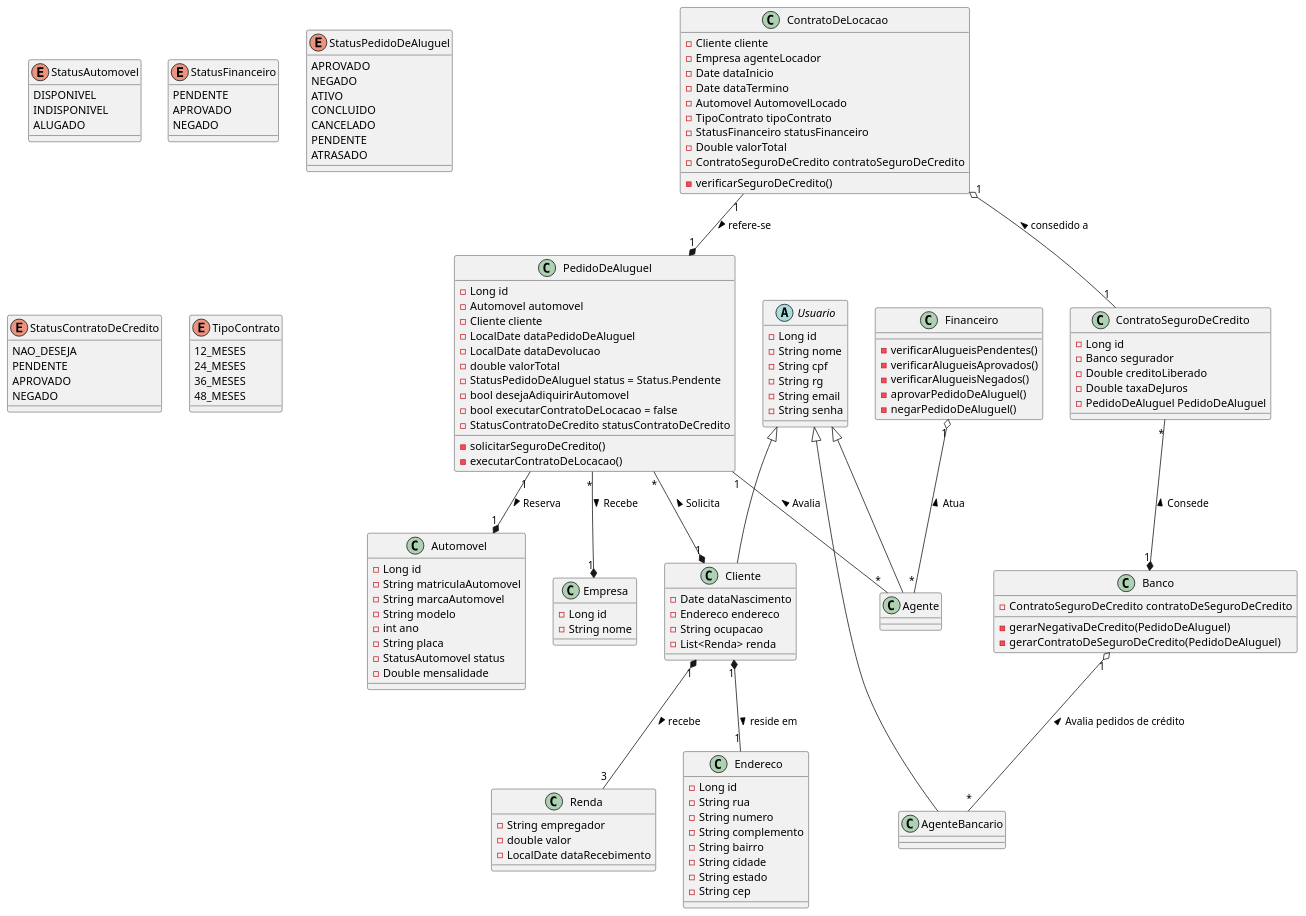
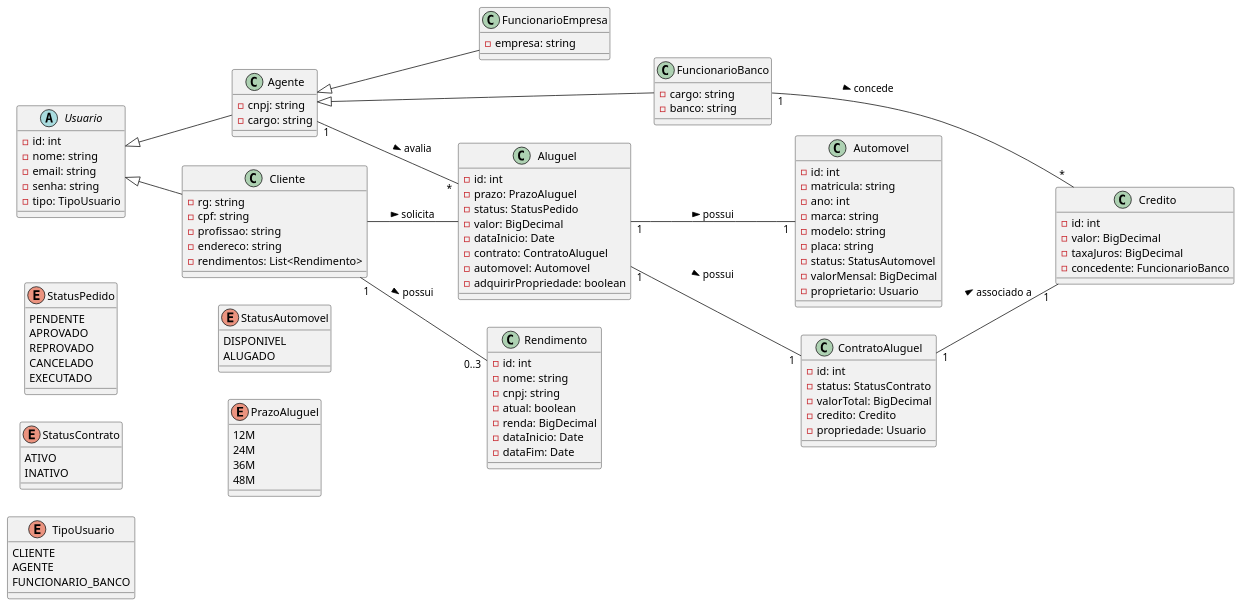
The diagram in projeto/diagrama_de_classes.puml (software-engineering-graduation/sistema_aluguel_carros-lds2024), drawn with PlantUML before and after one commit.

Commit message:
updating class diagram

```diff
--- a/projeto/diagrama_de_classes.puml
+++ b/projeto/diagrama_de_classes.puml
@@ -1,166 +1,131 @@
-@startuml
-abstract class Usuario {
-    -Long id
-    -String nome
-    -String cpf
-    -String rg
-    -String email
-    -String senha
+@startuml DiagramaDeClasses
+left to right direction
+
+enum StatusPedido {
+    PENDENTE
+    APROVADO
+    REPROVADO
+    CANCELADO
+    EXECUTADO
 }
 
-class Cliente extends Usuario {
-    -Date dataNascimento
-    -Endereco endereco
-    -String ocupacao
-    -List<Renda> renda
+enum StatusContrato {
+    ATIVO
+    INATIVO
 }
 
-class Renda {
-    -String empregador
-    -double valor
-    -LocalDate dataRecebimento
+enum TipoUsuario {
+    CLIENTE
+    AGENTE
+    FUNCIONARIO_BANCO
 }
 
-class Endereco {
-    -Long id
-    -String rua
-    -String numero
-    -String complemento
-    -String bairro
-    -String cidade
-    -String estado
-    -String cep
+enum StatusAutomovel {
+    DISPONIVEL
+    ALUGADO
+}
+
+enum PrazoAluguel {
+    12M
+    24M
+    36M
+    48M
+}
+
+abstract class Usuario {
+    - id: int
+    - nome: string
+    - email: string
+    - senha: string
+    - tipo: TipoUsuario
+}
+
+class Agente {
+    - cnpj: string
+    - cargo: string
+}
+
+class FuncionarioEmpresa {
+    - empresa: string
+}
+
+class FuncionarioBanco {
+    - cargo: string
+    - banco: string
+}
+
+class Cliente {
+    - rg: string
+    - cpf: string
+    - profissao: string
+    - endereco: string
+    - rendimentos: List<Rendimento>
+}
+
+class Rendimento {
+    - id: int
+    - nome: string
+    - cnpj: string
+    - atual: boolean
+    - renda: BigDecimal
+    - dataInicio: Date
+    - dataFim: Date
+}
+
+class Aluguel {
+    - id: int
+    - prazo: PrazoAluguel
+    - status: StatusPedido
+    - valor: BigDecimal
+    - dataInicio: Date
+    - contrato: ContratoAluguel
+    - automovel: Automovel
+    - adquirirPropriedade: boolean
 }
 
 class Automovel {
-    -Long id
-    -String matriculaAutomovel
-    -String marcaAutomovel
-    -String modelo
-    -int ano
-    -String placa
-    -StatusAutomovel status
-	-Double mensalidade
+    - id: int
+    - matricula: string
+    - ano: int
+    - marca: string
+    - modelo: string
+    - placa: string
+    - status: StatusAutomovel
+    - valorMensal: BigDecimal
+    - proprietario: Usuario
 }
 
-class PedidoDeAluguel {
-    -Long id
-    -Automovel automovel
-    -Cliente cliente
-    -LocalDate dataPedidoDeAluguel
-    -LocalDate dataDevolucao
-    -double valorTotal
-    -StatusPedidoDeAluguel status = Status.Pendente
-    -bool desejaAdiquirirAutomovel
-    -bool executarContratoDeLocacao = false
-    -StatusContratoDeCredito statusContratoDeCredito
-
-    -solicitarSeguroDeCredito()
-    -executarContratoDeLocacao()
+class ContratoAluguel {
+    - id: int
+    - status: StatusContrato
+    - valorTotal: BigDecimal
+    - credito: Credito
+    - propriedade: Usuario
 }
 
-Enum StatusAutomovel {
-    DISPONIVEL
-    INDISPONIVEL
-    ALUGADO
+class Credito {
+    - id: int
+    - valor: BigDecimal
+    - taxaJuros: BigDecimal
+    - concedente: FuncionarioBanco
 }
 
+Usuario <|-- Cliente
+Usuario <|-- Agente
+Agente <|-- FuncionarioEmpresa
+Agente <|-- FuncionarioBanco
 
-Enum StatusFinanceiro {
-    PENDENTE
-    APROVADO
-    NEGADO
-}
+Cliente -- Aluguel : solicita >
 
-Enum StatusPedidoDeAluguel {
-    APROVADO
-    NEGADO
-    ATIVO
-    CONCLUIDO
-    CANCELADO
-    PENDENTE
-    ATRASADO
-}
+Agente "1" -- "*" Aluguel : avalia >
 
-Enum StatusContratoDeCredito{
-    NAO_DESEJA
-    PENDENTE
-    APROVADO
-    NEGADO
-}
+FuncionarioBanco "1" -- "*" Credito : concede >
 
-Enum TipoContrato{
-    12_MESES
-    24_MESES
-    36_MESES
-    48_MESES
-}
+Aluguel "1" -- "1" Automovel : possui >
+Aluguel "1" -- "1" ContratoAluguel : possui >
 
+ContratoAluguel "1" -- "1" Credito : associado a >
 
-class Empresa {
-    -Long id
-    -String nome
-}
-
-class Financeiro {
-    -verificarAlugueisPendentes()
-    -verificarAlugueisAprovados()
-    -verificarAlugueisNegados()
-    -aprovarPedidoDeAluguel()
-    -negarPedidoDeAluguel()
-}
-
-class ContratoDeLocacao{
-    -Cliente cliente
-    -Empresa agenteLocador
-    -Date dataInicio
-    -Date dataTermino
-    -Automovel AutomovelLocado
-    -TipoContrato tipoContrato
-    -StatusFinanceiro statusFinanceiro
-    -Double valorTotal
-    -ContratoSeguroDeCredito contratoSeguroDeCredito
-
-    -verificarSeguroDeCredito()
-}
-
-class Agente extends Usuario{
-
-}
-
-class Banco{
-    -ContratoSeguroDeCredito contratoDeSeguroDeCredito 
-    -gerarNegativaDeCredito(PedidoDeAluguel)
-    -gerarContratoDeSeguroDeCredito(PedidoDeAluguel)
-}
-
-class AgenteBancario extends Usuario{
-}
-
-class ContratoSeguroDeCredito {
-    -Long id
-    -Banco segurador
-    -Double creditoLiberado
-    -Double taxaDeJuros
-    -PedidoDeAluguel PedidoDeAluguel
-}
-
-ContratoSeguroDeCredito "*" --* "1" Banco : Consede <
-
-ContratoDeLocacao "1" --* "1" PedidoDeAluguel : refere-se >
-ContratoDeLocacao "1" o-- "1" ContratoSeguroDeCredito : consedido a <
-
-PedidoDeAluguel "*" --* "1" Cliente : Solicita  <
-PedidoDeAluguel "*" --* "1" Empresa : Recebe >
-PedidoDeAluguel "1" --* "1" Automovel : Reserva >
-PedidoDeAluguel "1" -- "*" Agente : Avalia <
-
-
-Financeiro "1" o-- "*" Agente : Atua <
-
-Cliente "1" *-- "1" Endereco : reside em >
-Cliente "1" *-- "3" Renda : recebe >
-
-Banco "1" o-- "*" AgenteBancario : Avalia pedidos de crédito <
+Cliente "1" -- "0..3" Rendimento : possui >
 
 @enduml
```
